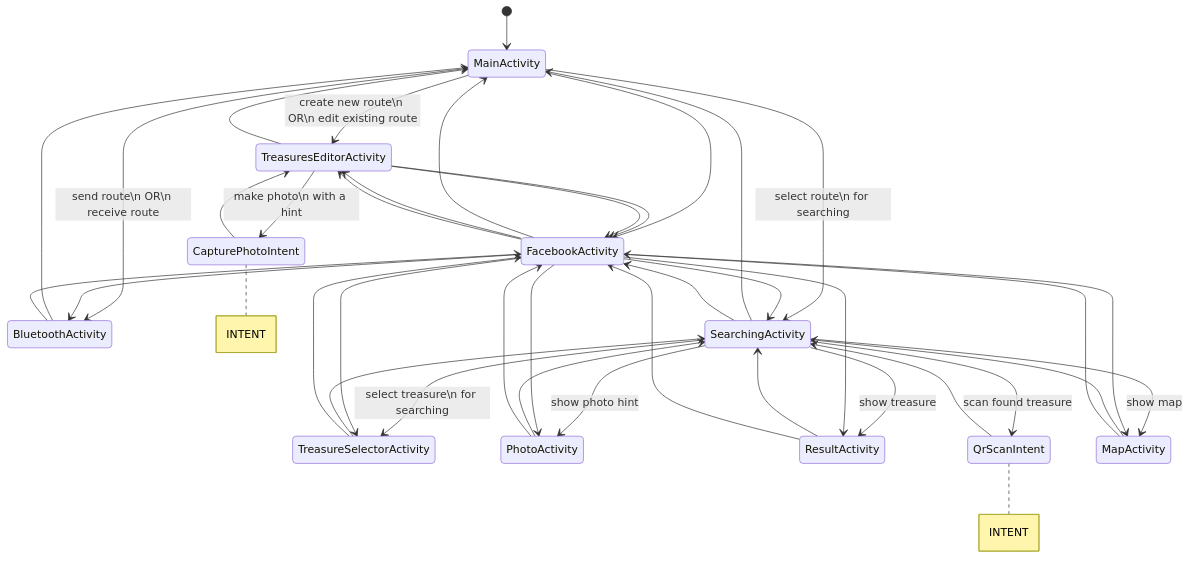
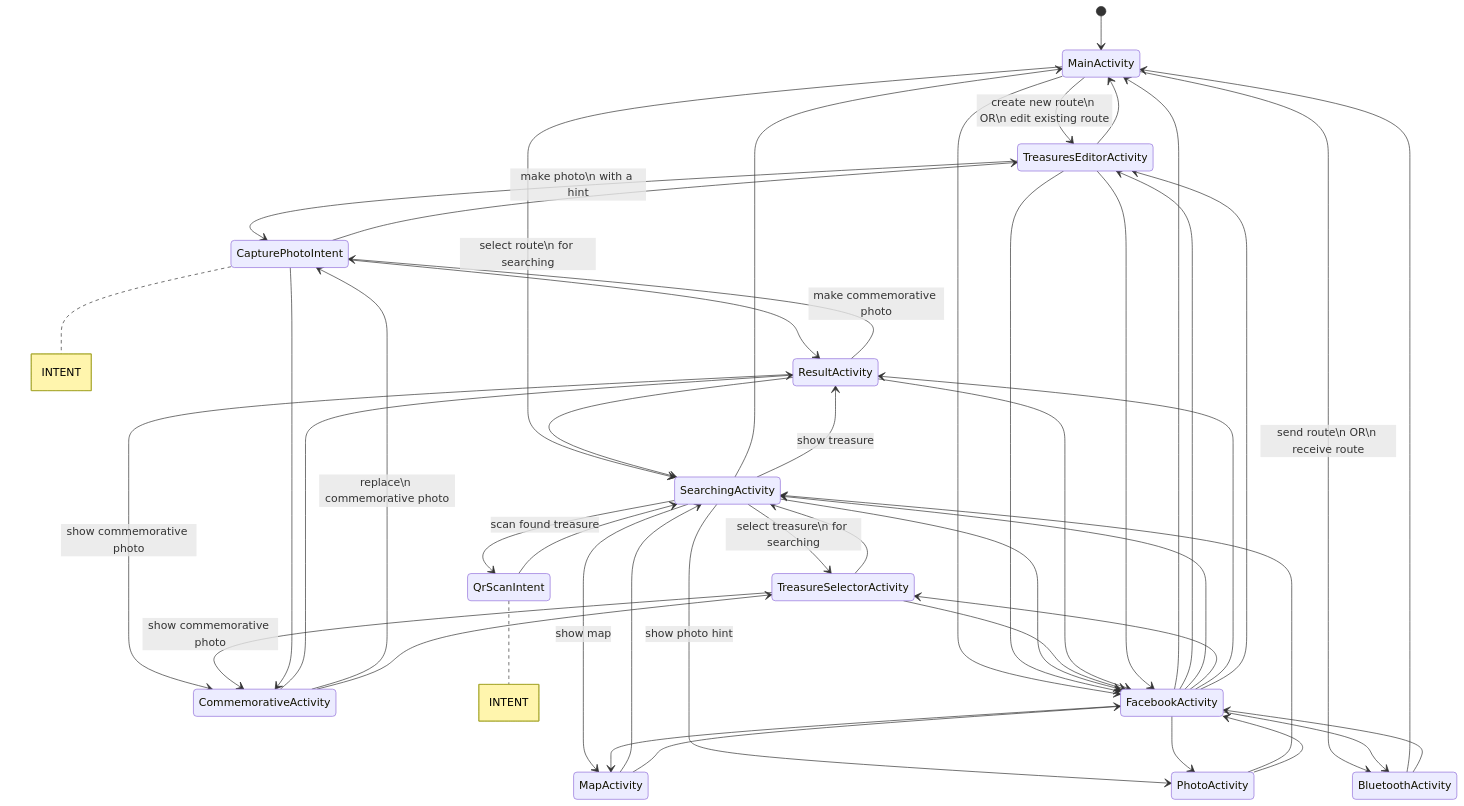
Before and after one commit to mjureczko/maly-poszukiwacz-skarbow: the first of 4 diagrams in docs/development.md, drawn with Mermaid. The commit also changed other lines of this file and 35 other files, not shown here.

````diff
--- a/docs/development.md
+++ b/docs/development.md
@@ -17,44 +17,53 @@
 ```mermaid
    stateDiagram-v2
     [*] --> MainActivity
     MainActivity --> TreasuresEditorActivity : create new route\n OR\n edit existing route
     TreasuresEditorActivity --> MainActivity
     MainActivity --> BluetoothActivity : send route\n OR\n receive route
     BluetoothActivity --> MainActivity
     MainActivity --> SearchingActivity : select route\n for searching
     SearchingActivity --> MainActivity
     SearchingActivity --> TreasureSelectorActivity : select treasure\n for searching
     TreasureSelectorActivity --> SearchingActivity
     SearchingActivity --> PhotoActivity : show photo hint
     PhotoActivity --> SearchingActivity
     SearchingActivity --> ResultActivity : show treasure
     ResultActivity --> SearchingActivity
     SearchingActivity --> QrScanIntent : scan found treasure
     QrScanIntent --> SearchingActivity
     TreasuresEditorActivity --> CapturePhotoIntent : make photo\n with a hint
     CapturePhotoIntent --> TreasuresEditorActivity
     SearchingActivity --> MapActivity : show map
     MapActivity --> SearchingActivity
+    ResultActivity --> CapturePhotoIntent : make commemorative photo
+    CapturePhotoIntent --> ResultActivity
+    ResultActivity --> CommemorativeActivity : show commemorative photo
+    CommemorativeActivity --> ResultActivity
+    TreasureSelectorActivity --> CommemorativeActivity : show commemorative photo
+    CommemorativeActivity --> CapturePhotoIntent : replace\n commemorative photo
+    CapturePhotoIntent --> CommemorativeActivity
+    CommemorativeActivity --> TreasureSelectorActivity
 
     MainActivity --> FacebookActivity
     FacebookActivity --> MainActivity
     TreasuresEditorActivity --> FacebookActivity
     FacebookActivity --> TreasuresEditorActivity
     BluetoothActivity --> FacebookActivity
     FacebookActivity --> BluetoothActivity
     SearchingActivity --> FacebookActivity
     FacebookActivity --> SearchingActivity
     TreasureSelectorActivity --> FacebookActivity
     FacebookActivity --> TreasureSelectorActivity
     PhotoActivity --> FacebookActivity
     FacebookActivity --> PhotoActivity
     ResultActivity --> FacebookActivity
     FacebookActivity --> ResultActivity
     TreasuresEditorActivity --> FacebookActivity
     FacebookActivity --> TreasuresEditorActivity
     MapActivity --> FacebookActivity
     FacebookActivity --> MapActivity
 
+    
     note right of QrScanIntent: INTENT
     note right of CapturePhotoIntent: INTENT
 ```
````
